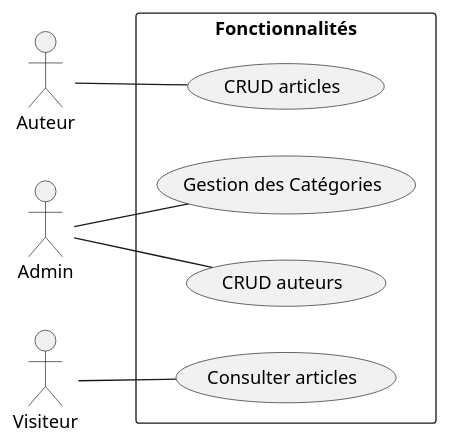
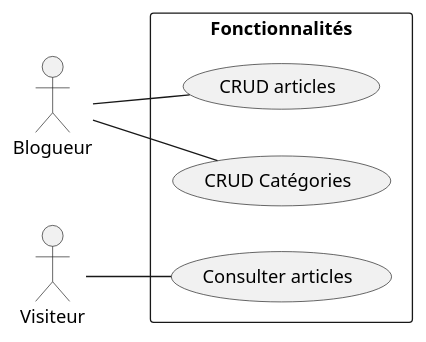
One commit to samiaBoug/Ma-trise-d-Eloquent-ORM changed the diagram in Analyse/casUtilisation.puml. Above: the diagram before and after it, drawn with PlantUML.

Commit message:
cas d'utilisation

```diff
--- a/Analyse/casUtilisation.puml
+++ b/Analyse/casUtilisation.puml
@@ -1,26 +1,24 @@
 @startuml
 left to right direction
-actor "Auteur" as fc
-actor "Admin" as admin
+actor "Blogueur" as fc
+
 actor "Visiteur" as visiteur
 rectangle "Fonctionnalités" {
   usecase "CRUD articles" as UC1
  
+  usecase "CRUD Catégories" as UC2 
  
-  usecase "Gestion des Catégories" as UC3 
-  usecase "CRUD auteurs" as UC4
-
-   usecase "Consulter articles" as UC2
+  usecase "Consulter articles" as UC3
 
 
   
 
 }
 fc -- UC1
-visiteur -- UC2
+visiteur -- UC3
 
-admin -- UC3
-admin -- UC4
+fc -- UC2
+
 
 
 @enduml
```
